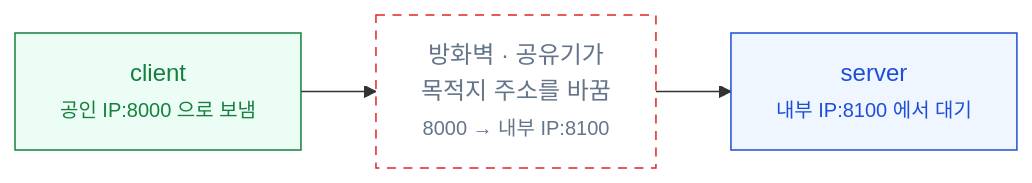
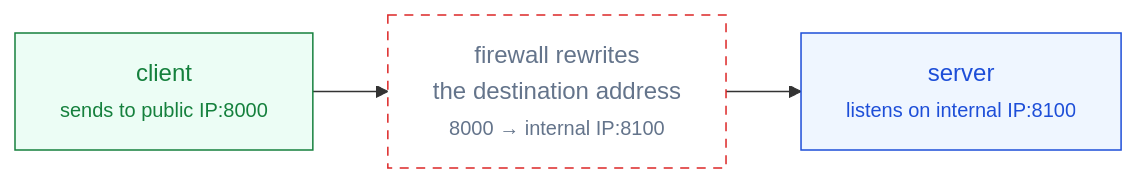
One commit to ssyrc/ssyrc.github.io changed the first of 3 diagrams in _drafts/ko/proxy-and-port-forwarding.md. Above: the diagram before and after it, drawn with Mermaid. The commit also changed other lines of this file and 3 other files, not shown here.

First line of the commit message:
Write all diagram labels in English

````diff
--- a/_drafts/ko/proxy-and-port-forwarding.md
+++ b/_drafts/ko/proxy-and-port-forwarding.md
@@ -41,12 +41,12 @@
 ```mermaid
 flowchart LR
-    C["client<br/><small>공인 IP:8000 으로 보냄</small>"] --> F["방화벽 · 공유기가<br/>목적지 주소를 바꿈<br/><small>8000 &rarr; 내부 IP:8100</small>"]
-    F --> S["server<br/><small>내부 IP:8100 에서 대기</small>"]
+    C["client<br/><small>sends to public IP:8000</small>"] --> F["firewall rewrites<br/>the destination address<br/><small>8000 &rarr; internal IP:8100</small>"]
+    F --> S["server<br/><small>listens on internal IP:8100</small>"]
     class C client
     class F kernel
     class S server
     classDef client fill:#ecfdf5,stroke:#15803d,color:#15803d
     classDef proxy  fill:#fef2f2,stroke:#dc2626,color:#dc2626
     classDef server fill:#eff6ff,stroke:#1d4ed8,color:#1d4ed8
     classDef kernel fill:#ffffff,stroke:#dc2626,color:#64748b,stroke-dasharray:6 5
 ```
````
